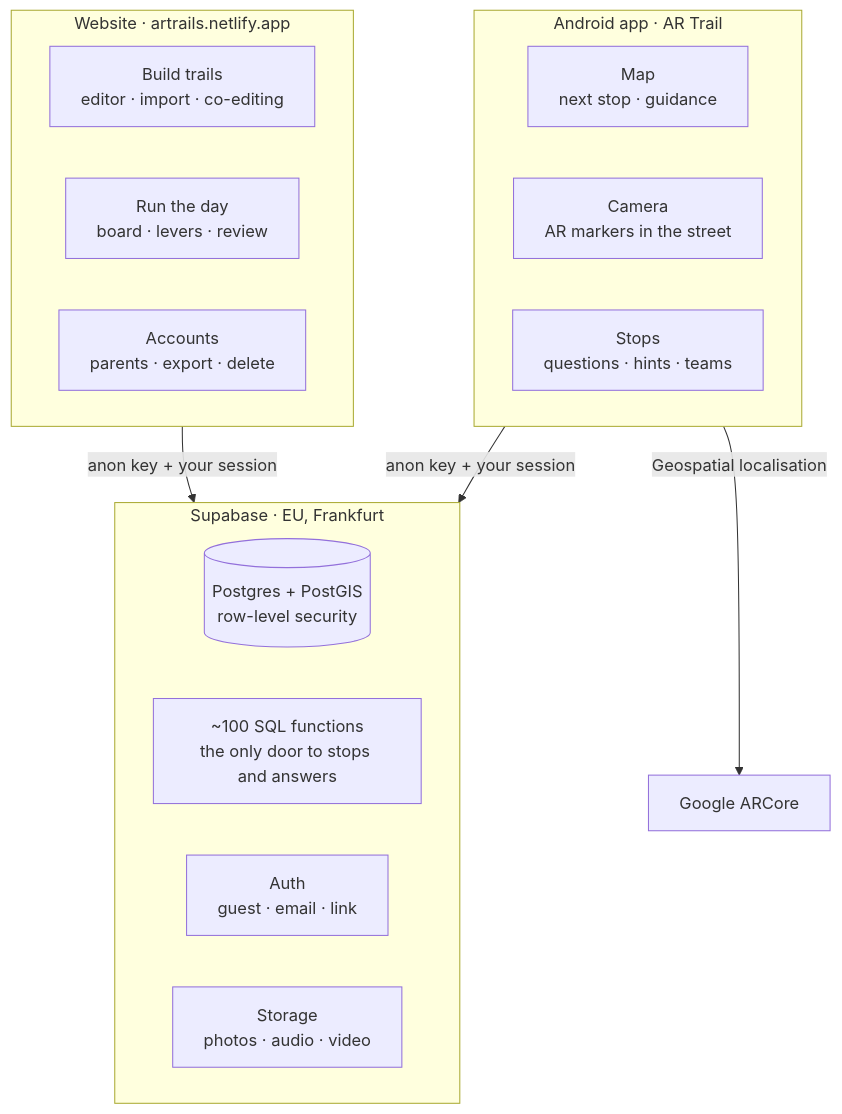
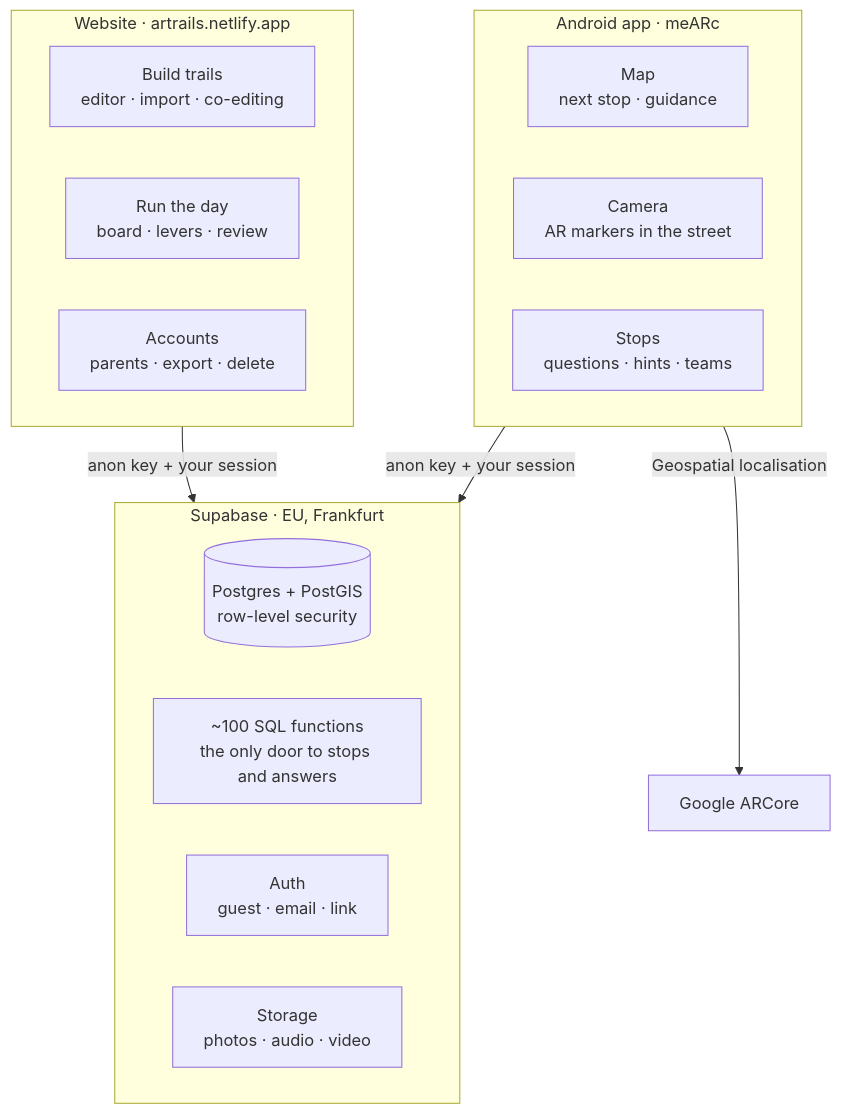
The first of 2 diagrams in README.md (ZalexZal/meARc), drawn with Mermaid before and after one commit. The commit also changed other lines of this file, not shown here.

Commit message:
Docs: rename product to meARc

````diff
--- a/README.md
+++ b/README.md
@@ -86,25 +86,25 @@
 ```mermaid
 flowchart TB
     subgraph Web["Website · artrails.netlify.app"]
         direction LR
         W1["Build trails<br/>editor · import · co-editing"]
         W2["Run the day<br/>board · levers · review"]
         W3["Accounts<br/>parents · export · delete"]
     end
-    subgraph App["Android app · AR Trail"]
+    subgraph App["Android app · meARc"]
         direction LR
         A1["Map<br/>next stop · guidance"]
         A2["Camera<br/>AR markers in the street"]
         A3["Stops<br/>questions · hints · teams"]
     end
     subgraph SB["Supabase · EU, Frankfurt"]
         direction LR
         DB[("Postgres + PostGIS<br/>row-level security")]
         RPC["~100 SQL functions<br/>the only door to stops and answers"]
         AU["Auth<br/>guest · email · link"]
         ST["Storage<br/>photos · audio · video"]
     end
     Web -- "anon key + your session" --> SB
     App -- "anon key + your session" --> SB
     App -- "Geospatial localisation" --> G["Google ARCore"]
 ```
````
